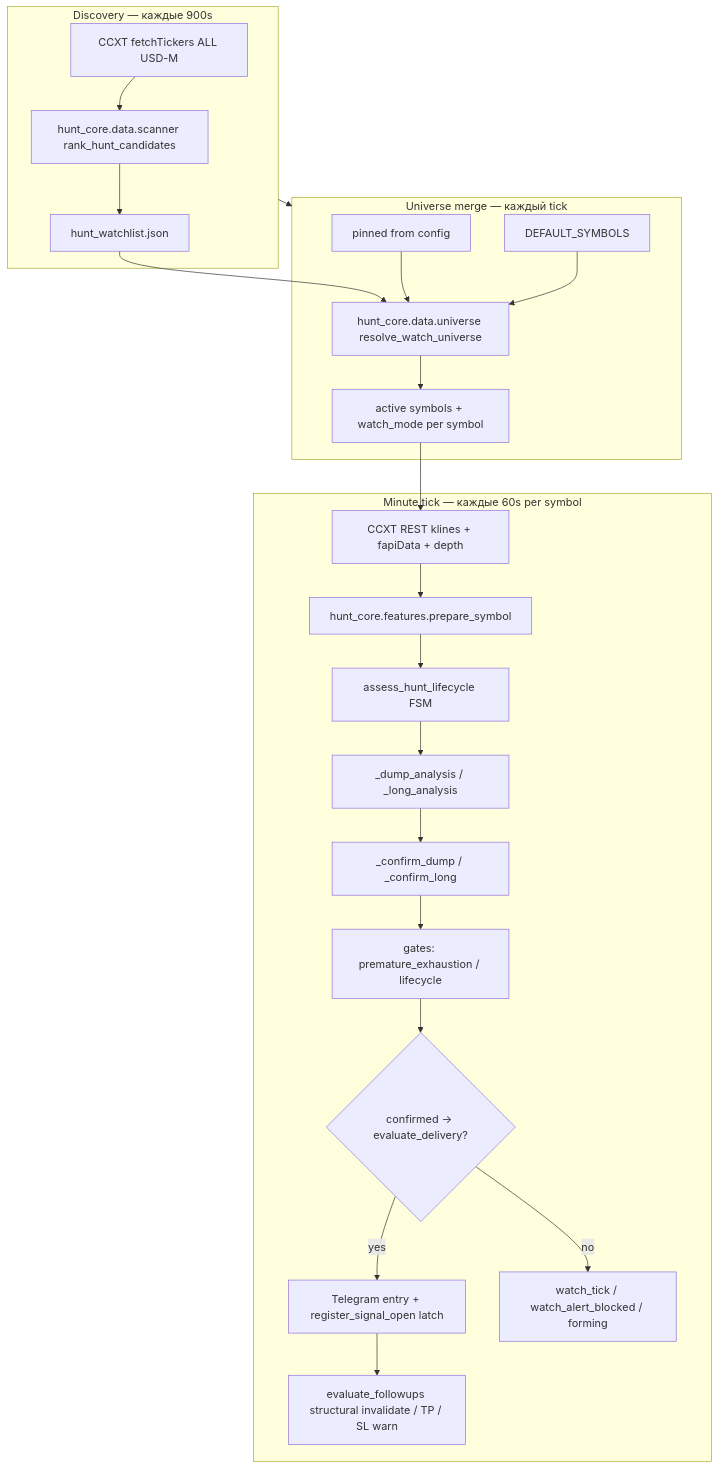
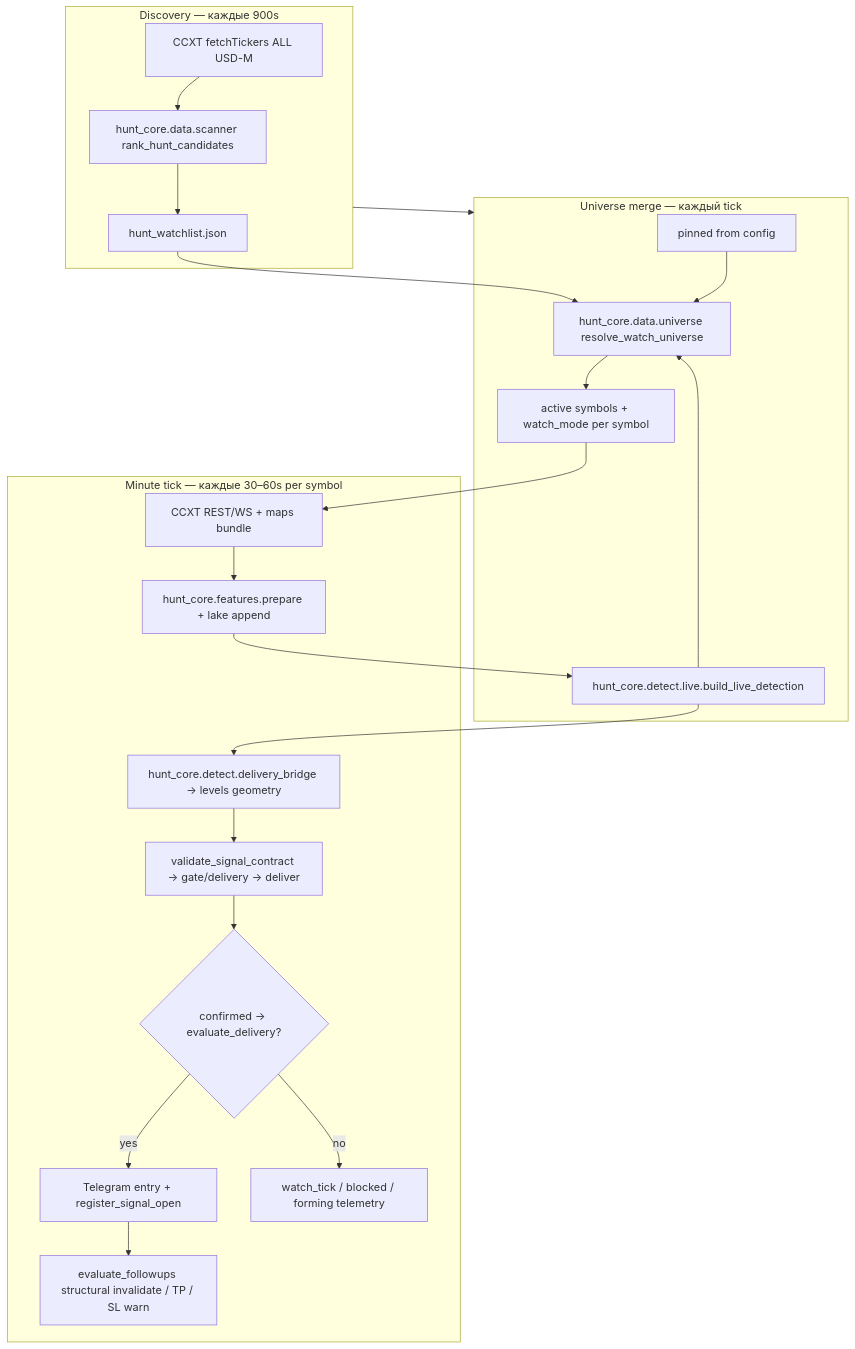
One commit to TrololoBird/Crypto-Analytic-Signal-Bot changed the first of 2 diagrams in hunt/ARCHITECTURE.md. Above: the diagram before and after it, drawn with Mermaid. The commit also changed other lines of this file and 194 other files, not shown here.

First line of the commit message:
fix(hunt): fusion engine cutover, JSONL lifecycle, CCXT market plane

````diff
--- a/hunt/ARCHITECTURE.md
+++ b/hunt/ARCHITECTURE.md
@@ -33,33 +60,32 @@
 ```mermaid
 flowchart TB
     subgraph discovery [Discovery — каждые 900s]
         T[CCXT fetchTickers ALL USD-M]
         S[hunt_core.data.scanner rank_hunt_candidates]
         W[hunt_watchlist.json]
         T --> S --> W
     end
 
     subgraph universe [Universe merge — каждый tick]
         P[pinned from config]
         D[DEFAULT_SYMBOLS]
         W --> M[hunt_core.data.universe resolve_watch_universe]
         P --> M
         D --> M
         M --> U[active symbols + watch_mode per symbol]
     end
 
-    subgraph tick [Minute tick — каждые 60s per symbol]
-        U --> R[CCXT REST klines + fapiData + depth]
-        R --> F[hunt_core.features.prepare_symbol]
-        F --> L[assess_hunt_lifecycle FSM]
-        L --> A[_dump_analysis / _long_analysis]
-        A --> C[_confirm_dump / _confirm_long]
-        C --> G[gates: premature_exhaustion / lifecycle]
+    subgraph tick [Minute tick — каждые 30–60s per symbol]
+        U --> R[CCXT REST/WS + maps bundle]
+        R --> F[hunt_core.features.prepare + lake append]
+        F --> D[hunt_core.detect.live.build_live_detection]
+        D --> B[hunt_core.detect.delivery_bridge → levels geometry]
+        B --> G[validate_signal_contract → gate/delivery → deliver]
         G --> TG{confirmed → evaluate_delivery?}
-        TG -->|yes| Send[Telegram entry + register_signal_open latch]
-        TG -->|no| Log[watch_tick / watch_alert_blocked / forming]
+        TG -->|yes| Send[Telegram entry + register_signal_open]
+        TG -->|no| Log[watch_tick / blocked / forming telemetry]
         Send --> TR[evaluate_followups structural invalidate / TP / SL warn]
     end
 
     discovery --> universe
 ```
````
